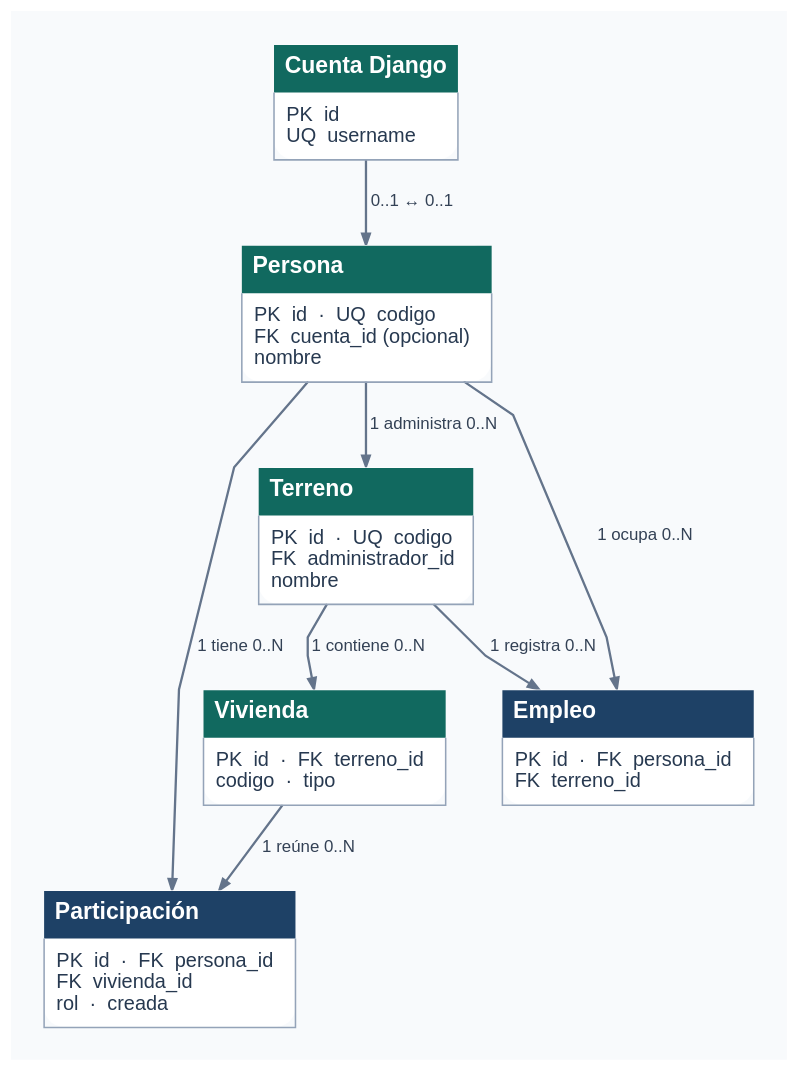
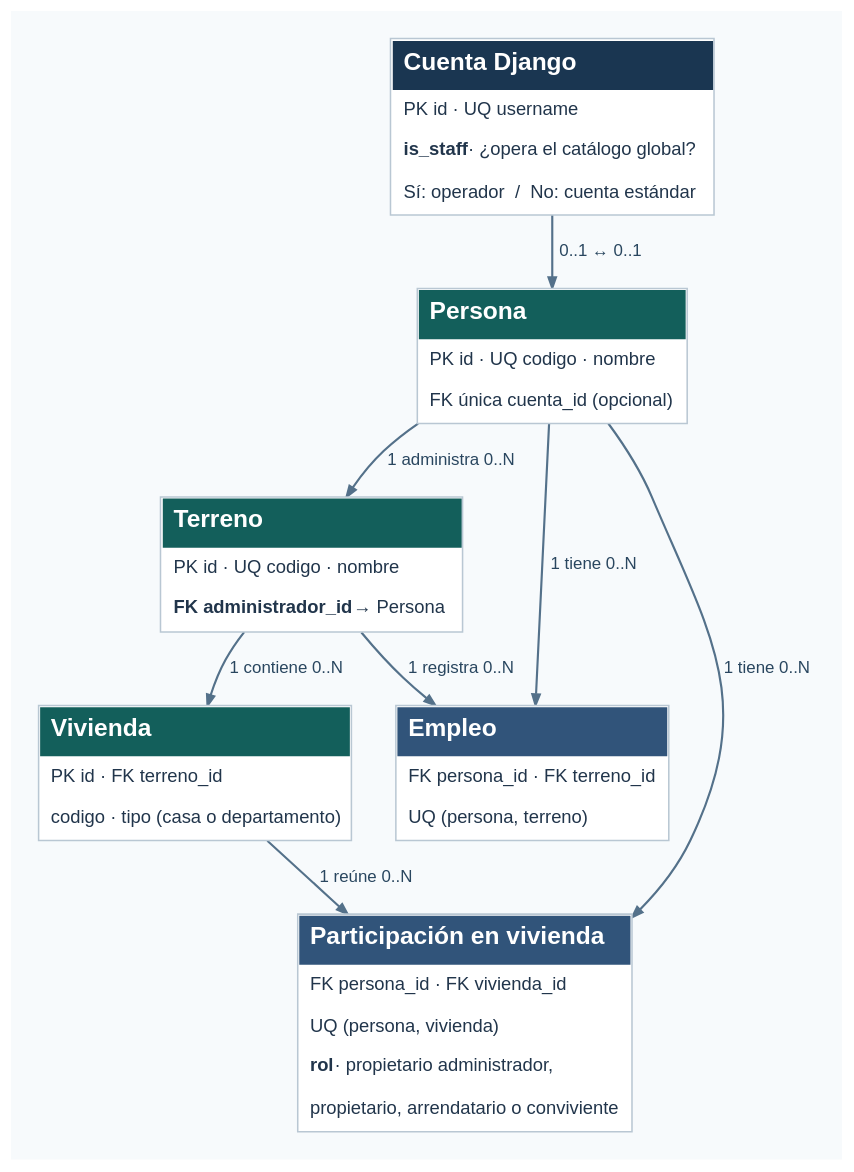
Before and after one commit to KevinInacap/smartconnect-ti3041: the diagram in docs/diagramas/residencia.dot, drawn with Graphviz. The commit also changed 6 other files, not shown here.

```diff
--- a/docs/diagramas/residencia.dot
+++ b/docs/diagramas/residencia.dot
@@ -1,18 +1,52 @@
-digraph Vivienda {
-  graph [bgcolor="#f8fafc", pad="0.30", nodesep="0.45", ranksep="0.60", splines=polyline, outputorder=edgesfirst, fontname="Arial"];
-  node [shape=plain, fontname="Arial", fontsize=13];
-  edge [fontname="Arial", fontsize=11, color="#64748b", fontcolor="#334155", penwidth=1.5, arrowsize=0.72];
-  cuenta [label=<<TABLE BORDER="0" CELLBORDER="0" CELLSPACING="0" CELLPADDING="7" BGCOLOR="#ffffff" COLOR="#94a3b8" STYLE="ROUNDED"><TR><TD ALIGN="LEFT" BGCOLOR="#11695f"><FONT COLOR="white" POINT-SIZE="15"><B>Cuenta Django</B></FONT></TD></TR><TR><TD BORDER="1" SIDES="BLR" ALIGN="LEFT" BALIGN="LEFT"><FONT COLOR="#273950">PK  id<BR ALIGN="LEFT"/>UQ  username</FONT></TD></TR></TABLE>>];
-  persona [label=<<TABLE BORDER="0" CELLBORDER="0" CELLSPACING="0" CELLPADDING="7" BGCOLOR="#ffffff" COLOR="#94a3b8" STYLE="ROUNDED"><TR><TD ALIGN="LEFT" BGCOLOR="#11695f"><FONT COLOR="white" POINT-SIZE="15"><B>Persona</B></FONT></TD></TR><TR><TD BORDER="1" SIDES="BLR" ALIGN="LEFT" BALIGN="LEFT"><FONT COLOR="#273950">PK  id  ·  UQ  codigo<BR ALIGN="LEFT"/>FK  cuenta_id (opcional)<BR ALIGN="LEFT"/>nombre</FONT></TD></TR></TABLE>>];
-  terreno [label=<<TABLE BORDER="0" CELLBORDER="0" CELLSPACING="0" CELLPADDING="7" BGCOLOR="#ffffff" COLOR="#94a3b8" STYLE="ROUNDED"><TR><TD ALIGN="LEFT" BGCOLOR="#11695f"><FONT COLOR="white" POINT-SIZE="15"><B>Terreno</B></FONT></TD></TR><TR><TD BORDER="1" SIDES="BLR" ALIGN="LEFT" BALIGN="LEFT"><FONT COLOR="#273950">PK  id  ·  UQ  codigo<BR ALIGN="LEFT"/>FK  administrador_id<BR ALIGN="LEFT"/>nombre</FONT></TD></TR></TABLE>>];
-  vivienda [label=<<TABLE BORDER="0" CELLBORDER="0" CELLSPACING="0" CELLPADDING="7" BGCOLOR="#ffffff" COLOR="#94a3b8" STYLE="ROUNDED"><TR><TD ALIGN="LEFT" BGCOLOR="#11695f"><FONT COLOR="white" POINT-SIZE="15"><B>Vivienda</B></FONT></TD></TR><TR><TD BORDER="1" SIDES="BLR" ALIGN="LEFT" BALIGN="LEFT"><FONT COLOR="#273950">PK  id  ·  FK  terreno_id<BR ALIGN="LEFT"/>codigo  ·  tipo</FONT></TD></TR></TABLE>>];
-  vinculo [label=<<TABLE BORDER="0" CELLBORDER="0" CELLSPACING="0" CELLPADDING="7" BGCOLOR="#ffffff" COLOR="#94a3b8" STYLE="ROUNDED"><TR><TD ALIGN="LEFT" BGCOLOR="#1e4166"><FONT COLOR="white" POINT-SIZE="15"><B>Participación</B></FONT></TD></TR><TR><TD BORDER="1" SIDES="BLR" ALIGN="LEFT" BALIGN="LEFT"><FONT COLOR="#273950">PK  id  ·  FK  persona_id<BR ALIGN="LEFT"/>FK  vivienda_id<BR ALIGN="LEFT"/>rol  ·  creada</FONT></TD></TR></TABLE>>];
-  empleo [label=<<TABLE BORDER="0" CELLBORDER="0" CELLSPACING="0" CELLPADDING="7" BGCOLOR="#ffffff" COLOR="#94a3b8" STYLE="ROUNDED"><TR><TD ALIGN="LEFT" BGCOLOR="#1e4166"><FONT COLOR="white" POINT-SIZE="15"><B>Empleo</B></FONT></TD></TR><TR><TD BORDER="1" SIDES="BLR" ALIGN="LEFT" BALIGN="LEFT"><FONT COLOR="#273950">PK  id  ·  FK  persona_id<BR ALIGN="LEFT"/>FK  terreno_id</FONT></TD></TR></TABLE>>];
-  cuenta -> persona [label=" 0..1 ↔ 0..1 "];
+digraph Residencia {
+  graph [bgcolor="#F7FAFC", pad="0.25", nodesep="0.4", ranksep="0.5", outputorder=edgesfirst];
+  node [shape=plain, fontname="Arial", fontsize=12, fontcolor="#21354B"];
+  edge [fontname="Arial", fontsize=11, color="#54718A", fontcolor="#29465F", penwidth=1.4, arrowsize=0.7];
+
+  cuenta [label=<
+    <TABLE BORDER="1" COLOR="#B9C7D3" CELLBORDER="0" CELLSPACING="0" CELLPADDING="7" BGCOLOR="white">
+      <TR><TD BGCOLOR="#1A3651" ALIGN="LEFT"><FONT COLOR="white" POINT-SIZE="16"><B>Cuenta Django</B></FONT></TD></TR>
+      <TR><TD ALIGN="LEFT">PK id · UQ username</TD></TR>
+      <TR><TD ALIGN="LEFT"><B>is_staff</B> · ¿opera el catálogo global?</TD></TR>
+      <TR><TD ALIGN="LEFT">Sí: operador  /  No: cuenta estándar</TD></TR>
+    </TABLE>>];
+  persona [label=<
+    <TABLE BORDER="1" COLOR="#B9C7D3" CELLBORDER="0" CELLSPACING="0" CELLPADDING="7" BGCOLOR="white">
+      <TR><TD BGCOLOR="#135F5B" ALIGN="LEFT"><FONT COLOR="white" POINT-SIZE="16"><B>Persona</B></FONT></TD></TR>
+      <TR><TD ALIGN="LEFT">PK id · UQ codigo · nombre</TD></TR>
+      <TR><TD ALIGN="LEFT">FK única cuenta_id (opcional)</TD></TR>
+    </TABLE>>];
+  terreno [label=<
+    <TABLE BORDER="1" COLOR="#B9C7D3" CELLBORDER="0" CELLSPACING="0" CELLPADDING="7" BGCOLOR="white">
+      <TR><TD BGCOLOR="#135F5B" ALIGN="LEFT"><FONT COLOR="white" POINT-SIZE="16"><B>Terreno</B></FONT></TD></TR>
+      <TR><TD ALIGN="LEFT">PK id · UQ codigo · nombre</TD></TR>
+      <TR><TD ALIGN="LEFT"><B>FK administrador_id</B> → Persona</TD></TR>
+    </TABLE>>];
+  vivienda [label=<
+    <TABLE BORDER="1" COLOR="#B9C7D3" CELLBORDER="0" CELLSPACING="0" CELLPADDING="7" BGCOLOR="white">
+      <TR><TD BGCOLOR="#135F5B" ALIGN="LEFT"><FONT COLOR="white" POINT-SIZE="16"><B>Vivienda</B></FONT></TD></TR>
+      <TR><TD ALIGN="LEFT">PK id · FK terreno_id</TD></TR>
+      <TR><TD ALIGN="LEFT">codigo · tipo (casa o departamento)</TD></TR>
+    </TABLE>>];
+  empleo [label=<
+    <TABLE BORDER="1" COLOR="#B9C7D3" CELLBORDER="0" CELLSPACING="0" CELLPADDING="7" BGCOLOR="white">
+      <TR><TD BGCOLOR="#31547A" ALIGN="LEFT"><FONT COLOR="white" POINT-SIZE="16"><B>Empleo</B></FONT></TD></TR>
+      <TR><TD ALIGN="LEFT">FK persona_id · FK terreno_id</TD></TR>
+      <TR><TD ALIGN="LEFT">UQ (persona, terreno)</TD></TR>
+    </TABLE>>];
+  participacion [label=<
+    <TABLE BORDER="1" COLOR="#B9C7D3" CELLBORDER="0" CELLSPACING="0" CELLPADDING="7" BGCOLOR="white">
+      <TR><TD BGCOLOR="#31547A" ALIGN="LEFT"><FONT COLOR="white" POINT-SIZE="16"><B>Participación en vivienda</B></FONT></TD></TR>
+      <TR><TD ALIGN="LEFT">FK persona_id · FK vivienda_id</TD></TR>
+      <TR><TD ALIGN="LEFT">UQ (persona, vivienda)</TD></TR>
+      <TR><TD ALIGN="LEFT"><B>rol</B> · propietario administrador,</TD></TR>
+      <TR><TD ALIGN="LEFT">propietario, arrendatario o conviviente</TD></TR>
+    </TABLE>>];
+  cuenta -> persona [label="  0..1 ↔ 0..1  "];
   persona -> terreno [label=" 1 administra 0..N "];
   terreno -> vivienda [label=" 1 contiene 0..N "];
-  persona -> vinculo [label=" 1 tiene 0..N "];
-  vivienda -> vinculo [label=" 1 reúne 0..N "];
-  persona -> empleo [label=" 1 ocupa 0..N "];
+  persona -> participacion [label=" 1 tiene 0..N "];
+  vivienda -> participacion [label=" 1 reúne 0..N "];
+  persona -> empleo [label=" 1 tiene 0..N "];
   terreno -> empleo [label=" 1 registra 0..N "];
 }
```
